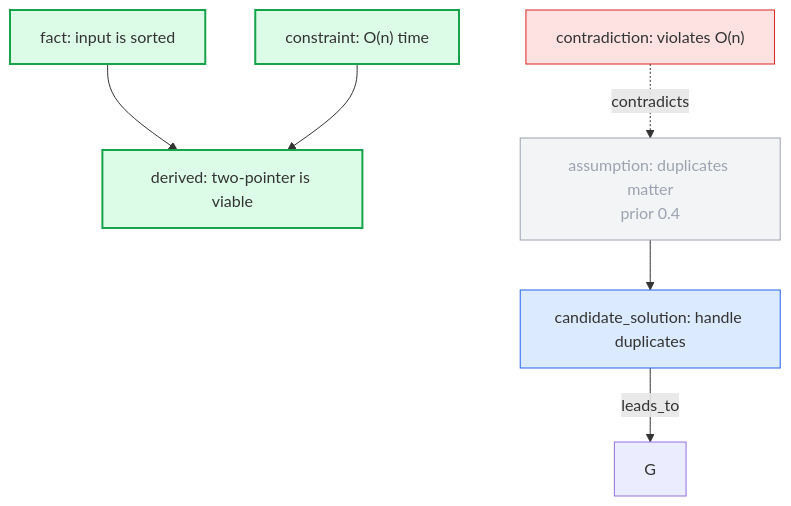
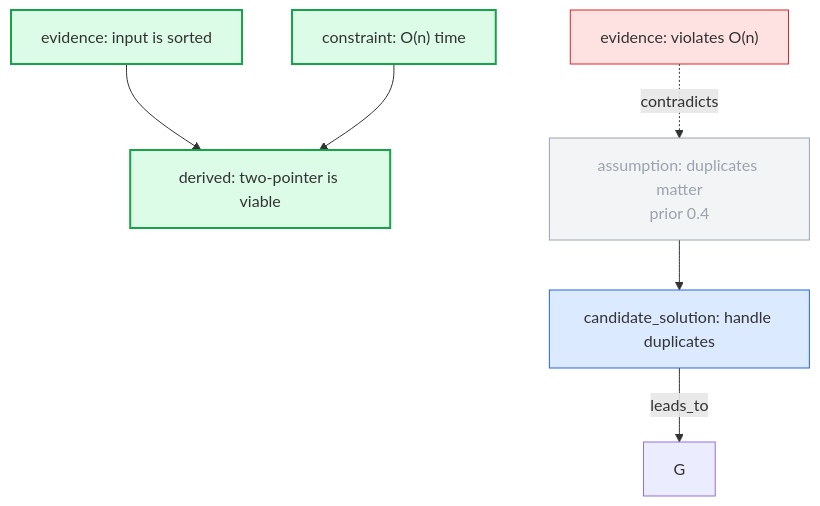
The diagram in skills/reasoning-graph/SKILL.md (xian0x5a/reasoning-graph), drawn with Mermaid before and after one commit. The commit also changed other lines of this file and 12 other files, not shown here.

Commit message:
refactor: replace fact nodes with evidence

````diff
--- a/skills/reasoning-graph/SKILL.md
+++ b/skills/reasoning-graph/SKILL.md
@@ -830,18 +811,18 @@
 ```mermaid
 flowchart TD
-  F1["fact: input is sorted"] --> D1["derived: two-pointer is viable"]
+  E1["evidence: input is sorted"] --> D1["derived: two-pointer is viable"]
   C1["constraint: O(n) time"] --> D1
   A1["assumption: duplicates matter<br/>prior 0.4"] --> CS1["candidate_solution: handle duplicates"]
   CS1 -- leads_to --> G
-  X1["contradiction: violates O(n)"] -. contradicts .-> A1
+  E2["evidence: violates O(n)"] -. contradicts .-> A1
 
   classDef winning fill:#dcfce7,stroke:#16a34a,stroke-width:2px;
   classDef candidate fill:#dbeafe,stroke:#2563eb;
   classDef dim fill:#f3f4f6,stroke:#9ca3af,color:#9ca3af;
   classDef bad fill:#fee2e2,stroke:#dc2626;
 
-  class F1,C1,D1 winning;
+  class E1,C1,D1 winning;
   class CS1 candidate;
   class A1 dim;
-  class X1 bad;
+  class E2 bad;
 ```
````
